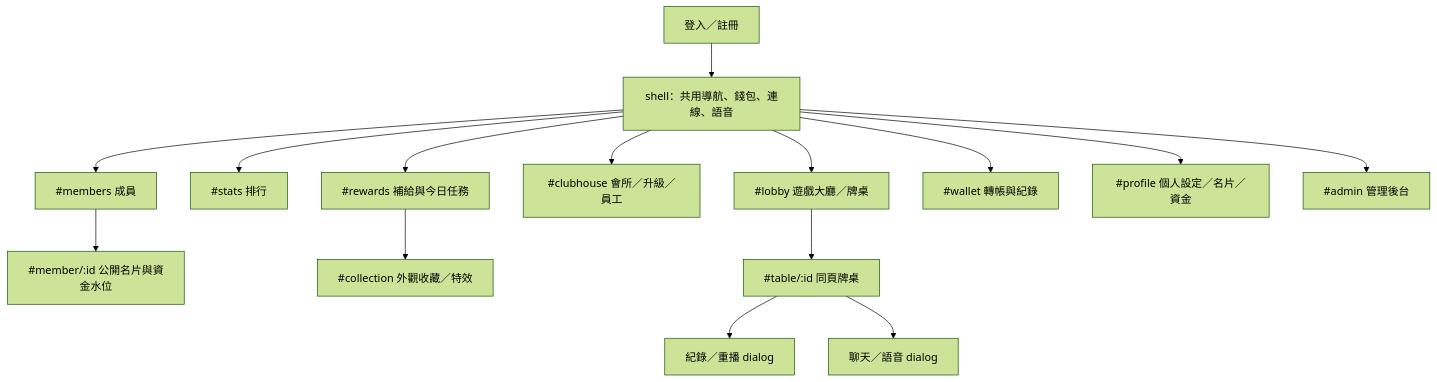
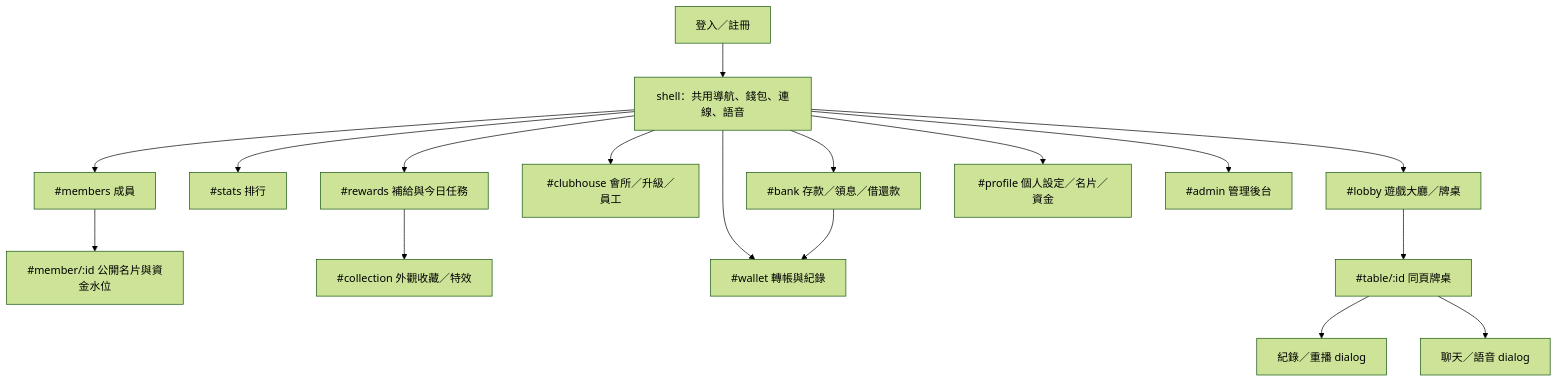
One commit to leochao1212/nantuan-poker-club changed the diagram in docs/FRONTEND-MAP.md. Above: the diagram before and after it, drawn with Mermaid (forest theme). The commit also changed other lines of this file and 26 other files, not shown here.

```diff
--- a/docs/FRONTEND-MAP.md
+++ b/docs/FRONTEND-MAP.md
@@ -5,17 +5,19 @@
 ~~~mermaid
 flowchart TD
   A["登入／註冊"] --> S["shell：共用導航、錢包、連線、語音"]
   S --> L["#lobby 遊戲大廳／牌桌"]
   S --> T["#stats 排行"]
   S --> M["#members 成員"]
   M --> MP["#member/:id 公開名片與資金水位"]
   S --> C["#clubhouse 會所／升級／員工"]
   S --> RW["#rewards 補給與今日任務"]
   RW --> R["#collection 外觀收藏／特效"]
   S --> W["#wallet 轉帳與紀錄"]
+  S --> B["#bank 存款／領息／借還款"]
+  B --> W
   S --> P["#profile 個人設定／名片／資金"]
   S --> AD["#admin 管理後台"]
   L --> G["#table/:id 同頁牌桌"]
   G --> H["紀錄／重播 dialog"]
   G --> V["聊天／語音 dialog"]
 ~~~
```
